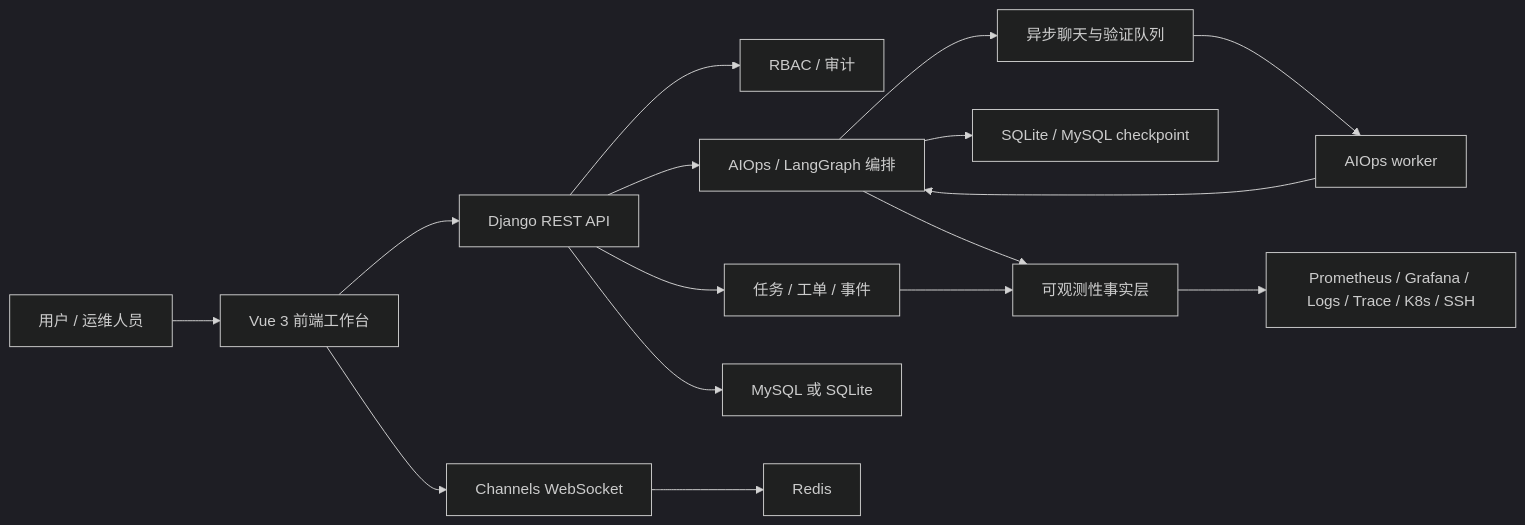
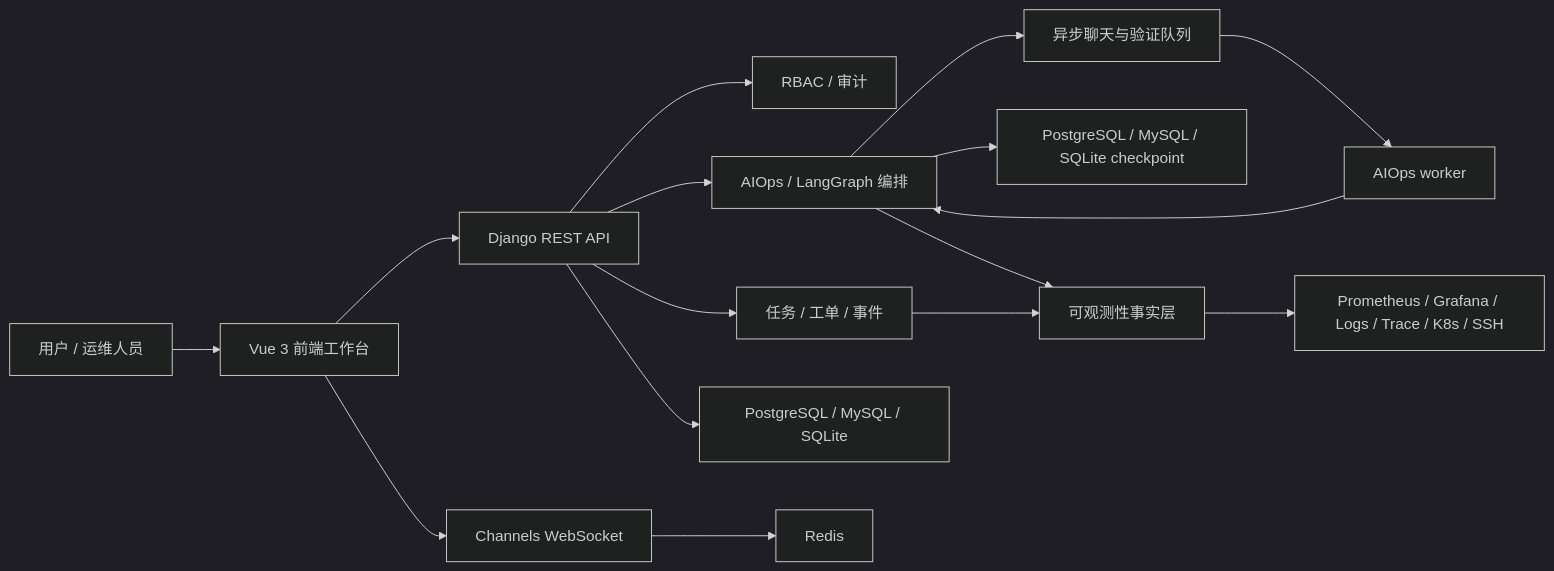
Before and after one commit to aiyiyi121/sxdevops: the second of 2 diagrams in README.md, drawn with Mermaid (dark theme). The commit also changed other lines of this file and 43 other files, not shown here.

Commit message:
feat: default to PostgreSQL and streamline deployment

````diff
--- a/README.md
+++ b/README.md
@@ -215,18 +215,18 @@
 ```mermaid
 flowchart LR
     user["用户 / 运维人员"] --> frontend["Vue 3 前端工作台"]
     frontend --> api["Django REST API"]
     frontend --> ws["Channels WebSocket"]
     api --> rbac["RBAC / 审计"]
     api --> aiops["AIOps / LangGraph 编排"]
     aiops --> queue["异步聊天与验证队列"]
     queue --> worker["AIOps worker"]
     worker --> aiops
-    aiops --> checkpoint["SQLite / MySQL checkpoint"]
+    aiops --> checkpoint["PostgreSQL / MySQL / SQLite checkpoint"]
     api --> ops["任务 / 工单 / 事件"]
     aiops --> facts["可观测性事实层"]
     ops --> facts
     facts --> integrations["Prometheus / Grafana / Logs / Trace / K8s / SSH"]
-    api --> db["MySQL 或 SQLite"]
+    api --> db["PostgreSQL / MySQL / SQLite"]
     ws --> redis["Redis"]
 ```
````
